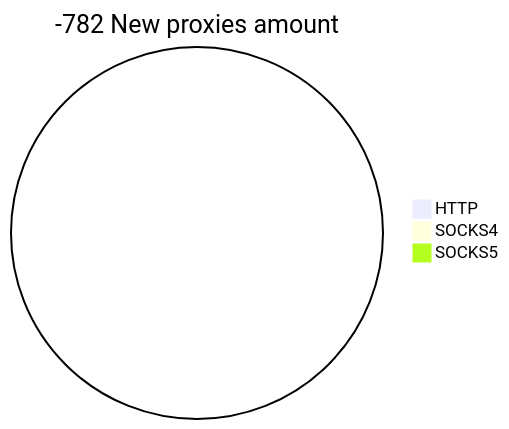
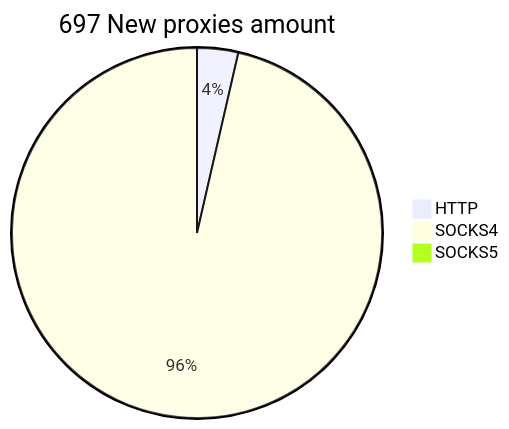
Before and after one commit to cutipu/proxylist: the second of 2 diagrams in README.md, drawn with Mermaid. The commit also changed other lines of this file, not shown here.

````diff
--- a/README.md
+++ b/README.md
@@ -10,6 +10,6 @@
 ```mermaid
-pie title -782 New proxies amount
-    "HTTP" : 0
-    "SOCKS4" : 0
+pie title 697 New proxies amount
+    "HTTP" : 25
+    "SOCKS4" : 672
     "SOCKS5" : 0
 ```
````
